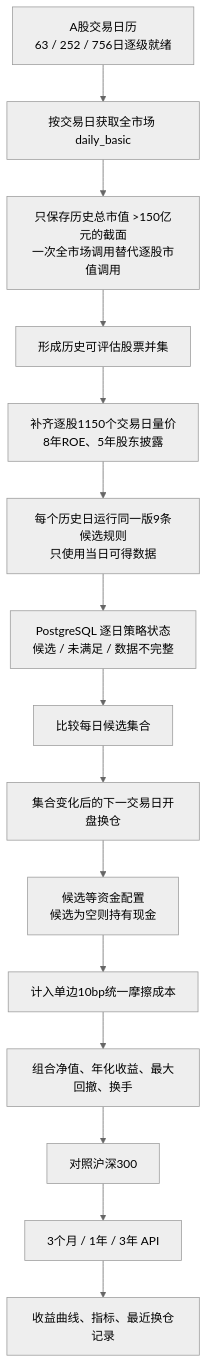
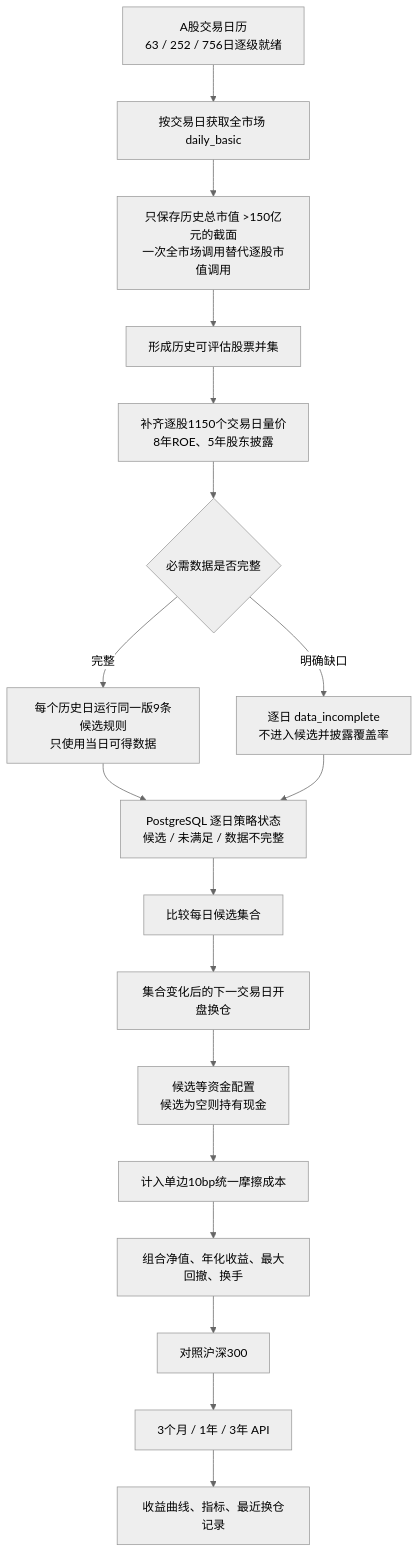
One commit to qingyuluoyu/qingtianshu changed the third of 4 diagrams in docs/PRODUCT_PIPELINE_ARCHITECTURE.md. Above: the diagram before and after it, drawn with Mermaid (neutral theme). The commit also changed other lines of this file and 15 other files, not shown here.

````diff
--- a/docs/PRODUCT_PIPELINE_ARCHITECTURE.md
+++ b/docs/PRODUCT_PIPELINE_ARCHITECTURE.md
@@ -63,17 +63,20 @@
 ```mermaid
 flowchart TD
     CAL["A股交易日历\n63 / 252 / 756日逐级就绪"] --> CAP["按交易日获取全市场 daily_basic"]
     CAP --> FILTER["只保存历史总市值 >150亿元的截面\n一次全市场调用替代逐股市值调用"]
     FILTER --> UNION["形成历史可评估股票并集"]
     UNION --> INPUT["补齐逐股1150个交易日量价\n8年ROE、5年股东披露"]
-    INPUT --> RULES["每个历史日运行同一版9条候选规则\n只使用当日可得数据"]
+    INPUT --> CHECK{"必需数据是否完整"}
+    CHECK -->|完整| RULES["每个历史日运行同一版9条候选规则\n只使用当日可得数据"]
+    CHECK -->|明确缺口| INCOMPLETE["逐日 data_incomplete\n不进入候选并披露覆盖率"]
     RULES --> STATES["PostgreSQL 逐日策略状态\n候选 / 未满足 / 数据不完整"]
+    INCOMPLETE --> STATES
     STATES --> CHANGE["比较每日候选集合"]
     CHANGE --> NEXTOPEN["集合变化后的下一交易日开盘换仓"]
     NEXTOPEN --> EQUAL["候选等资金配置\n候选为空则持有现金"]
     EQUAL --> COST["计入单边10bp统一摩擦成本"]
     COST --> NAV["组合净值、年化收益、最大回撤、换手"]
     NAV --> BENCH["对照沪深300"]
     BENCH --> API["3个月 / 1年 / 3年 API"]
     API --> WEB["收益曲线、指标、最近换仓记录"]
 ```
````
